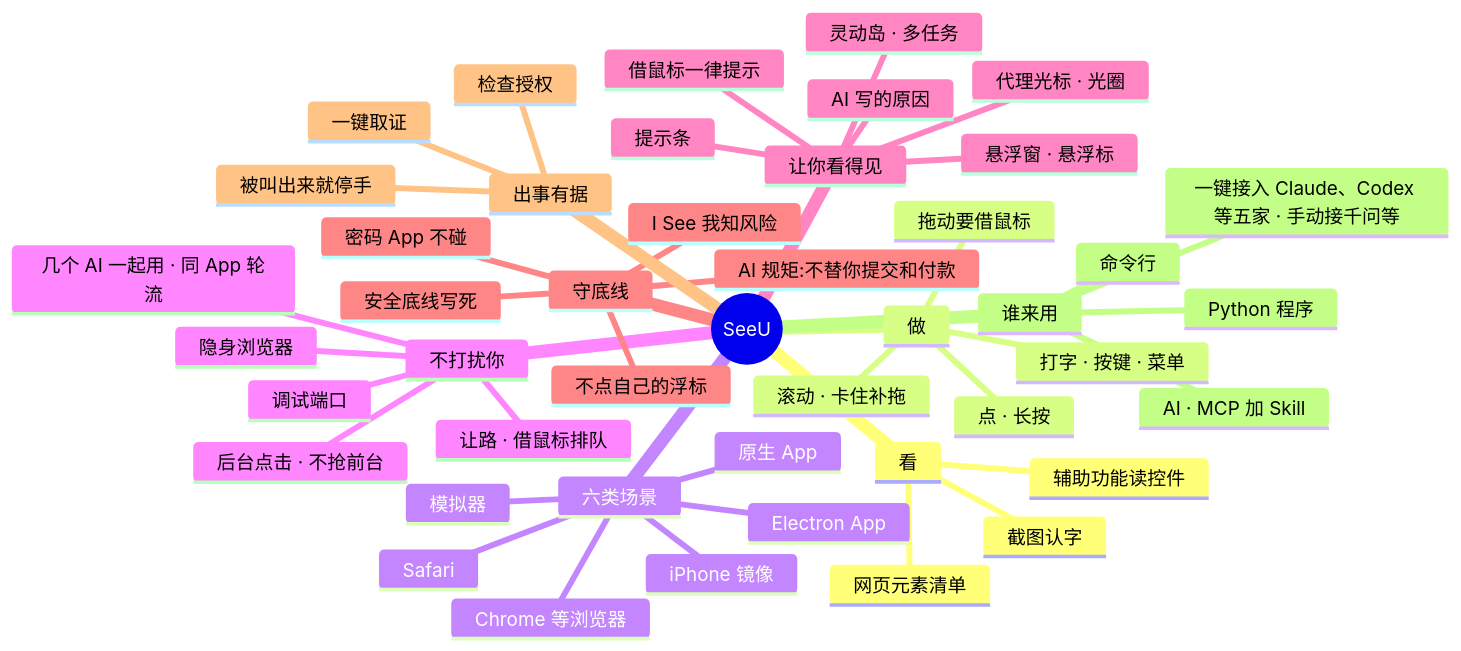
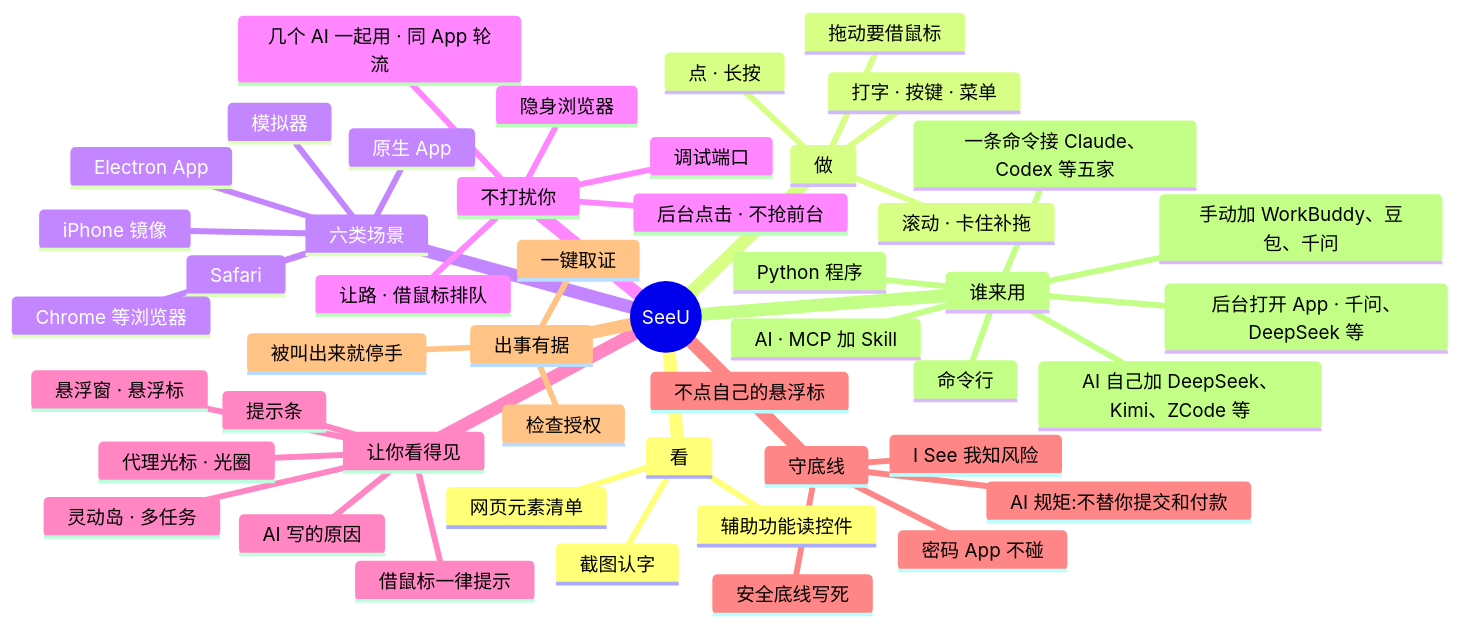
Before and after one commit to Mr-Bingoo/seeu-computeruse: diagram 16 of 16 in docs/SeeU-业务图.zh-CN.md, drawn with Mermaid. The commit also changed other lines of this file and 41 other files, not shown here.

````diff
--- a/docs/SeeU-业务图.zh-CN.md
+++ b/docs/SeeU-业务图.zh-CN.md
@@ -726,48 +734,51 @@
 ```mermaid
 mindmap
   root((SeeU))
     看
       截图认字
       辅助功能读控件
       网页元素清单
     做
       点 · 长按
       打字 · 按键 · 菜单
       滚动 · 卡住补拖
       拖动要借鼠标
     六类场景
       Safari
       Chrome 等浏览器
       Electron App
       原生 App
       模拟器
       iPhone 镜像
     不打扰你
       后台点击 · 不抢前台
       让路 · 借鼠标排队
       几个 AI 一起用 · 同 App 轮流
       隐身浏览器
       调试端口
     让你看得见
       悬浮窗 · 悬浮标
       灵动岛 · 多任务
       代理光标 · 光圈
       提示条
       AI 写的原因
       借鼠标一律提示
     守底线
       安全底线写死
       密码 App 不碰
-      不点自己的浮标
+      不点自己的悬浮标
       AI 规矩:不替你提交和付款
       I See 我知风险
     出事有据
       检查授权
       一键取证
       被叫出来就停手
     谁来用
       Python 程序
       AI · MCP 加 Skill
-      一键接入 Claude、Codex 等五家 · 手动接千问等
+      一条命令接 Claude、Codex 等五家
+      手动加 WorkBuddy、豆包、千问
+      AI 自己加 DeepSeek、Kimi、ZCode 等
+      后台打开 App · 千问、DeepSeek 等
       命令行
 ```
````
